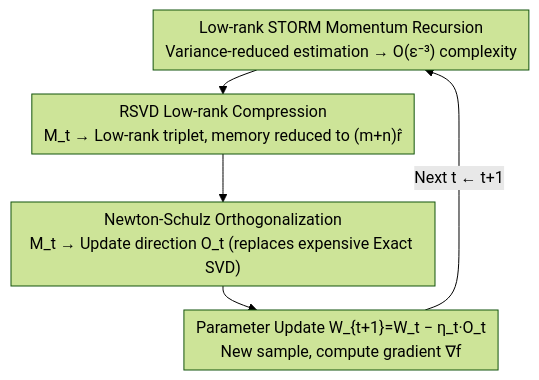
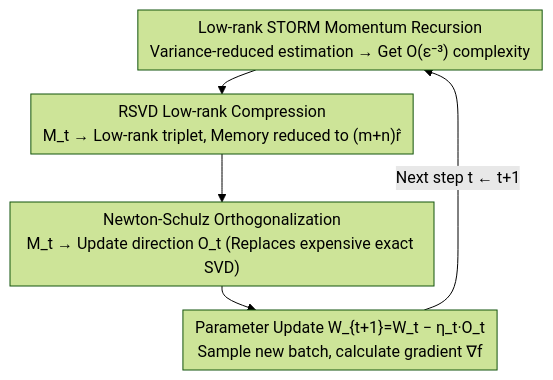
The diagram in docs/ICML2026/optimization/limuon_light_and_fast_muon_optimizer_for_large_models.md (zhaoyang97/Paper-Notes-en), drawn with Mermaid (forest theme) before and after one commit. The commit also changed other lines of this file and 5084 other files, not shown here.

````diff
--- a/docs/ICML2026/optimization/limuon_light_and_fast_muon_optimizer_for_large_models.md
+++ b/docs/ICML2026/optimization/limuon_light_and_fast_muon_optimizer_for_large_models.md
@@ -44,8 +44,8 @@
 ```mermaid
 %%{init: {'flowchart': {'rankSpacing': 24, 'nodeSpacing': 28, 'padding': 6, 'wrappingWidth': 400}}}%%
 flowchart TD
-    A["Low-rank STORM Momentum Recursion<br/>Variance-reduced estimation → O(ε⁻³) complexity"] --> B["RSVD Low-rank Compression<br/>M_t → Low-rank triplet, memory reduced to (m+n)r̂"]
-    B --> C["Newton-Schulz Orthogonalization<br/>M_t → Update direction O_t (replaces expensive Exact SVD)"]
-    C --> D["Parameter Update W_{t+1}=W_t − η_t·O_t<br/>New sample, compute gradient ∇f"]
-    D -->|"Next t ← t+1"| A
+    A["Low-rank STORM Momentum Recursion<br/>Variance-reduced estimation → Get O(ε⁻³) complexity"] --> B["RSVD Low-rank Compression<br/>M_t → Low-rank triplet, Memory reduced to (m+n)r̂"]
+    B --> C["Newton-Schulz Orthogonalization<br/>M_t → Update direction O_t (Replaces expensive exact SVD)"]
+    C --> D["Parameter Update W_{t+1}=W_t − η_t·O_t<br/>Sample new batch, calculate gradient ∇f"]
+    D -->|"Next step t ← t+1"| A
 ```
````
